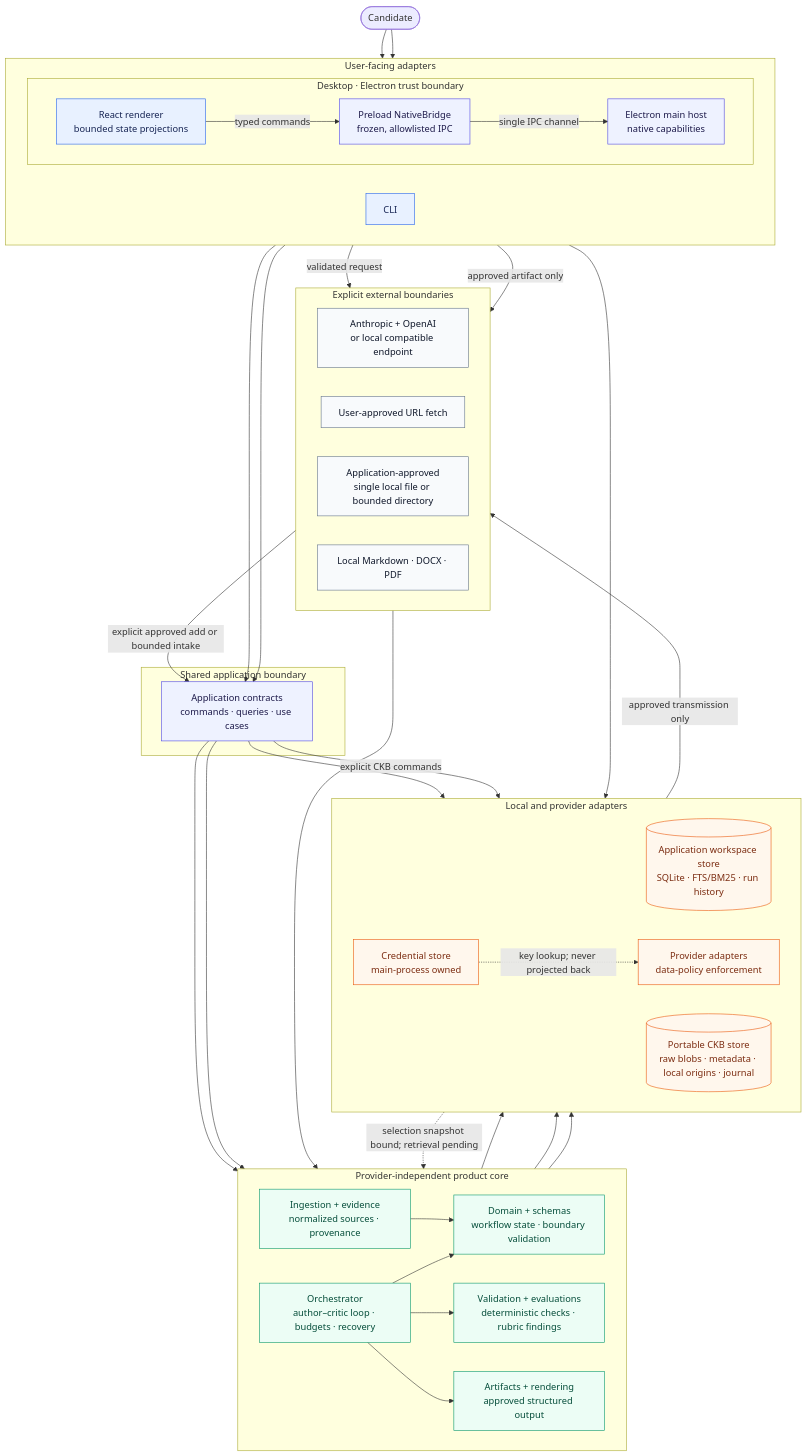
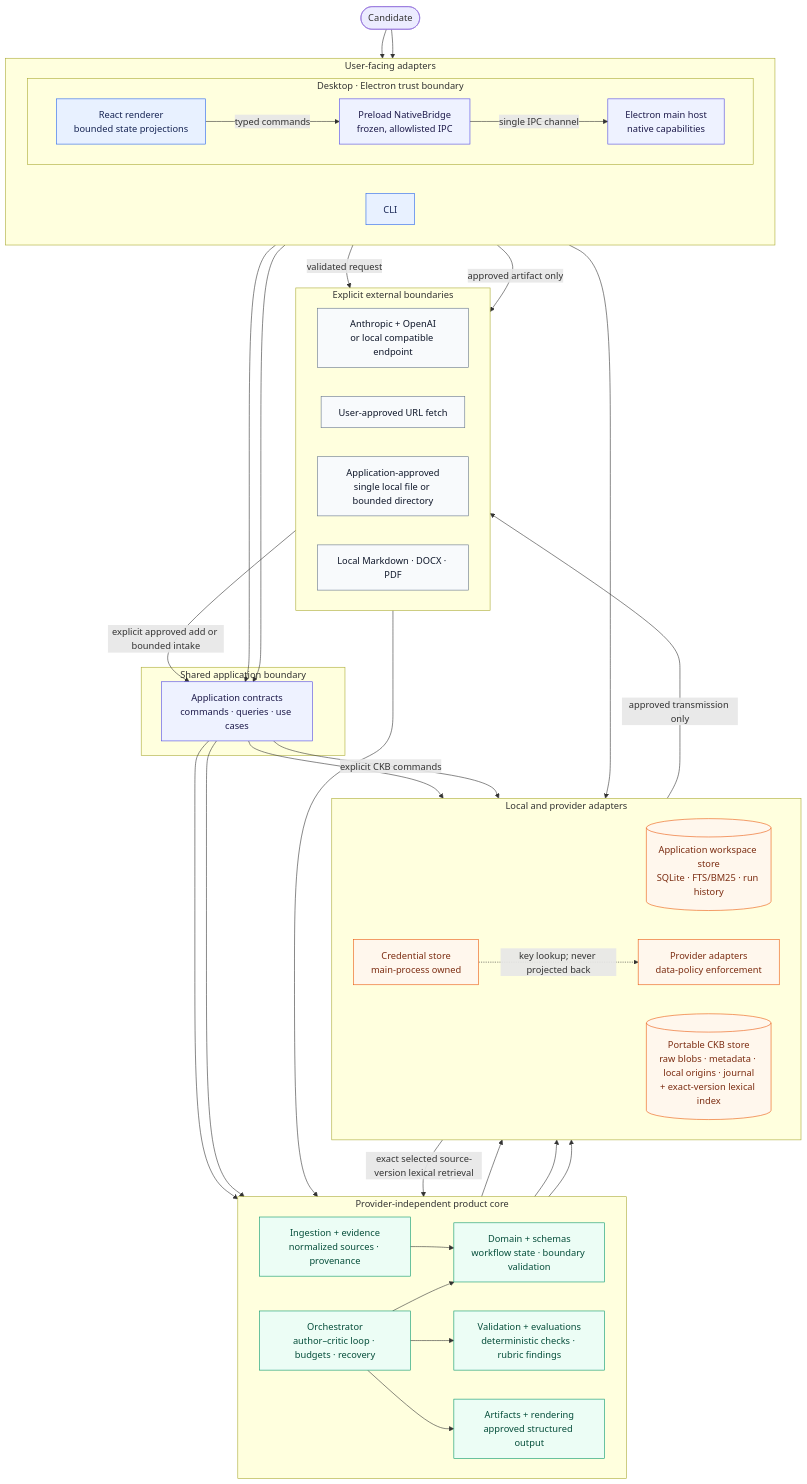
One commit to akoita/draft-loop changed the diagram in docs/architecture/overview.md. Above: the diagram before and after it, drawn with Mermaid. The commit also changed other lines of this file and 6 other files, not shown here.

Commit message:
docs: split architecture into focused views

````diff
--- a/docs/architecture/overview.md
+++ b/docs/architecture/overview.md
@@ -10,82 +10,82 @@
 ```mermaid
 flowchart TB
     User([Candidate])
 
     subgraph Adapters["User-facing adapters"]
         direction LR
         CLI["CLI"]
 
         subgraph Desktop["Desktop · Electron trust boundary"]
             direction LR
             Renderer["React renderer<br/>bounded state projections"]
             Bridge["Preload NativeBridge<br/>frozen, allowlisted IPC"]
             Host["Electron main host<br/>native capabilities"]
             Renderer -->|"typed commands"| Bridge
             Bridge -->|"single IPC channel"| Host
         end
     end
 
     subgraph Application["Shared application boundary"]
         App["Application contracts<br/>commands · queries · use cases"]
     end
 
     subgraph Core["Provider-independent product core"]
         direction LR
         Orchestrator["Orchestrator<br/>author–critic loop · budgets · recovery"]
         Domain["Domain + schemas<br/>workflow state · boundary validation"]
         Knowledge["Ingestion + evidence<br/>normalized sources · provenance"]
         Quality["Validation + evaluations<br/>deterministic checks · rubric findings"]
         Artifacts["Artifacts + rendering<br/>approved structured output"]
         Orchestrator --> Domain
         Knowledge --> Domain
         Orchestrator --> Quality
         Orchestrator --> Artifacts
     end
 
     subgraph Infrastructure["Local and provider adapters"]
         direction LR
         WorkspaceStore[("Application workspace store<br/>SQLite · FTS/BM25 · run history")]
-        CKBStore[("Portable CKB store<br/>raw blobs · metadata · local origins · journal")]
+        CKBStore[("Portable CKB store<br/>raw blobs · metadata · local origins · journal<br/>+ exact-version lexical index")]
         Providers["Provider adapters<br/>data-policy enforcement"]
         Credentials["Credential store<br/>main-process owned"]
     end
 
     subgraph External["Explicit external boundaries"]
         direction LR
         Models["Anthropic + OpenAI<br/>or local compatible endpoint"]
         URL["User-approved URL fetch"]
         LocalFile["Application-approved<br/>single local file or bounded directory"]
         Export["Local Markdown · DOCX · PDF"]
     end
 
     User --> CLI
     User --> Renderer
     CLI --> App
     Host --> App
     App --> Orchestrator
     App --> Knowledge
     App --> WorkspaceStore
     Domain --> WorkspaceStore
     Knowledge --> WorkspaceStore
     App -->|"explicit CKB commands"| CKBStore
-    CKBStore -.->|"selection snapshot bound; retrieval pending"| Knowledge
+    CKBStore -->|"exact selected source-version lexical retrieval"| Knowledge
     Orchestrator --> Providers
     Host --> Credentials
     Credentials -.->|"key lookup; never projected back"| Providers
     Providers -->|"approved transmission only"| Models
     Host -->|"validated request"| URL
     URL --> Knowledge
     LocalFile -->|"explicit approved add or bounded intake"| App
     Host -->|"approved artifact only"| Export
 
     classDef ui fill:#e8f1ff,stroke:#2563eb,color:#172554;
     classDef boundary fill:#eef2ff,stroke:#4f46e5,color:#1e1b4b;
     classDef core fill:#ecfdf5,stroke:#059669,color:#064e3b;
     classDef infra fill:#fff7ed,stroke:#ea580c,color:#7c2d12;
     classDef external fill:#f8fafc,stroke:#64748b,color:#0f172a;
     class CLI,Renderer ui;
     class Bridge,Host,App boundary;
     class Orchestrator,Domain,Knowledge,Quality,Artifacts core;
     class WorkspaceStore,CKBStore,Providers,Credentials infra;
     class Models,URL,LocalFile,Export external;
 ```
````
